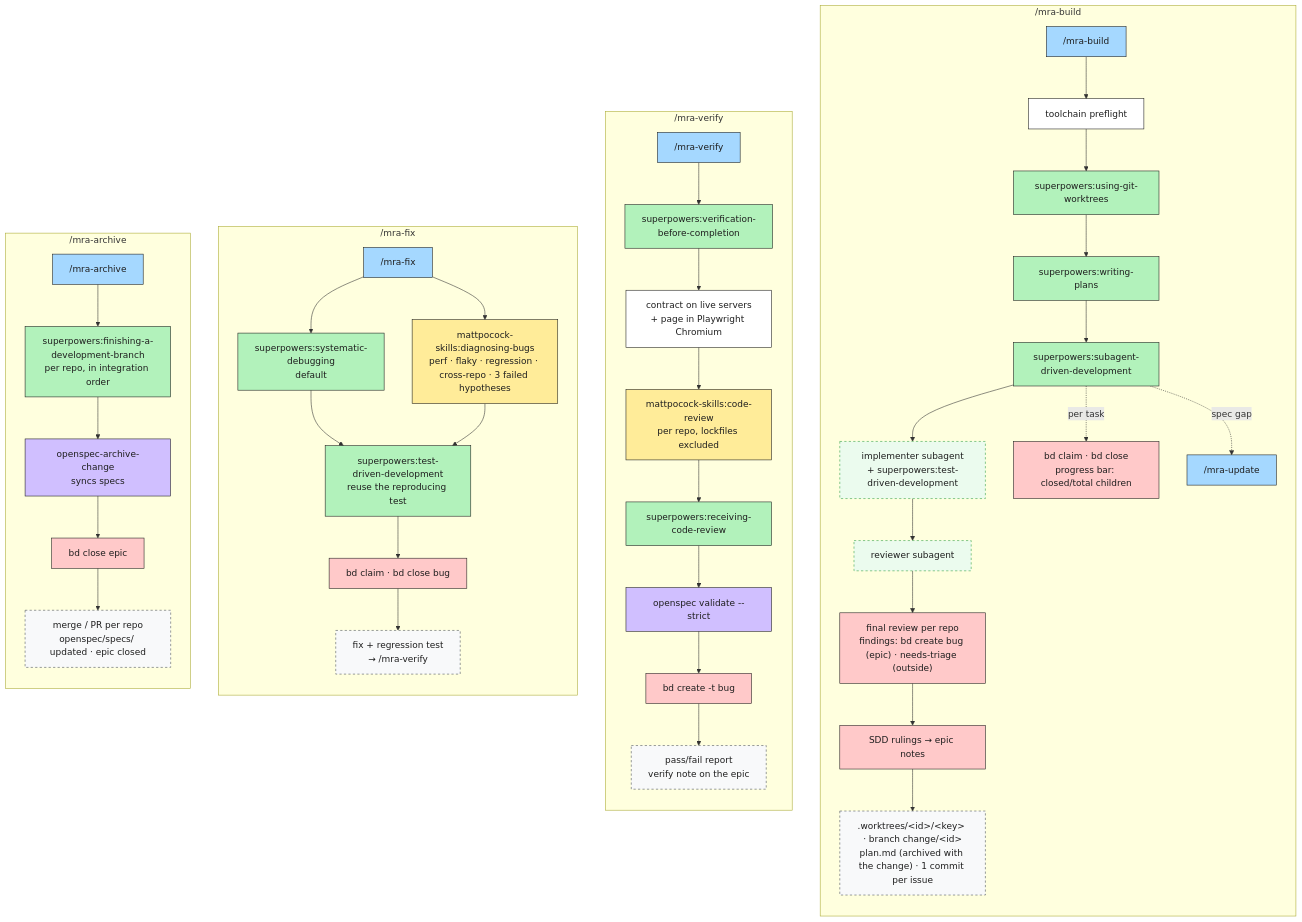
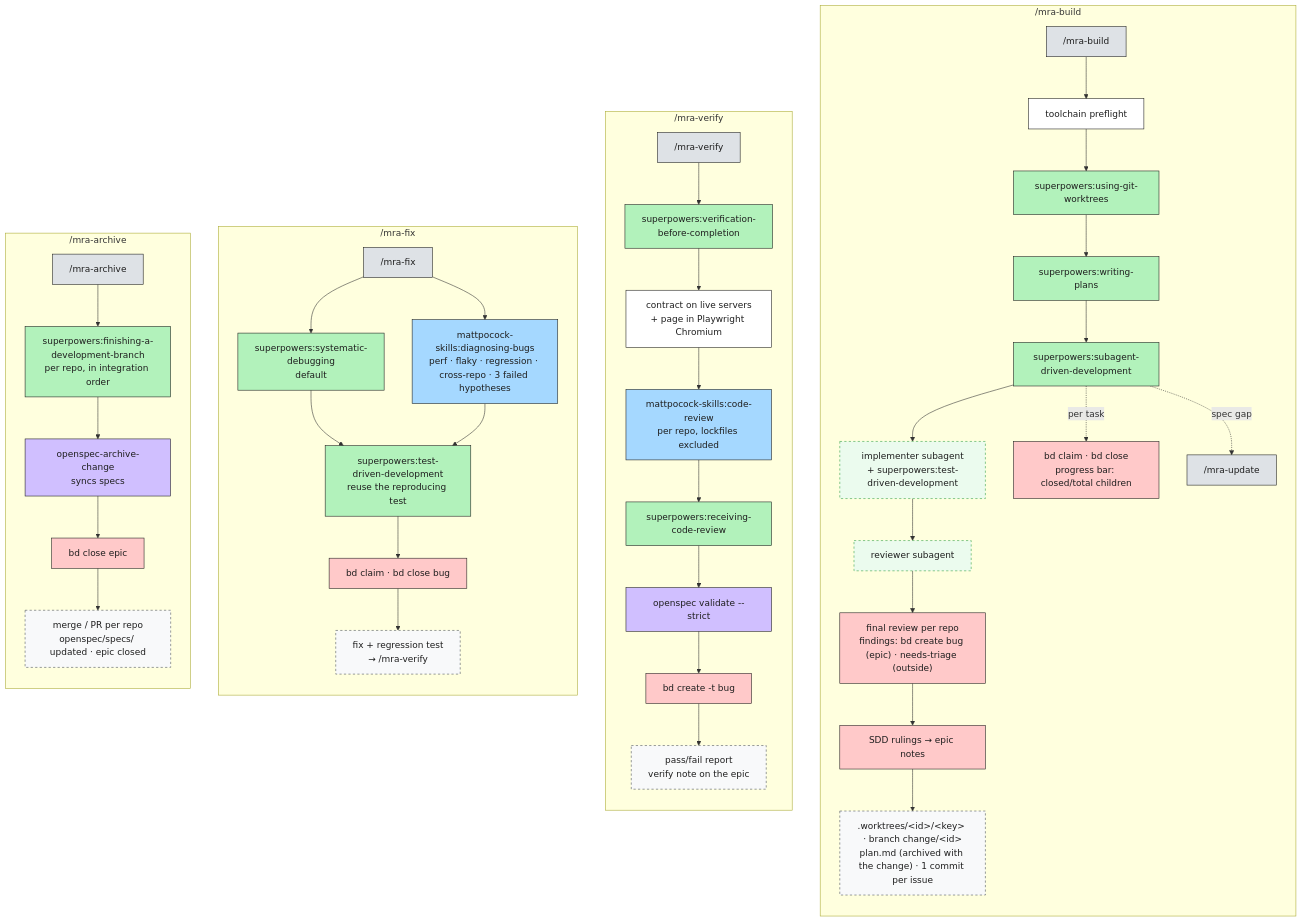
One commit to Ancora-Ancora/mra-flow changed the third of 5 diagrams in payload/orchestrator/.mra-flow/docs/mra-flow.md. Above: the diagram before and after it, drawn with Mermaid. The commit also changed other lines of this file and 2 other files, not shown here.

First line of the commit message:
Colour the flow diagram by skill author; release 0.1.9

````diff
--- a/payload/orchestrator/.mra-flow/docs/mra-flow.md
+++ b/payload/orchestrator/.mra-flow/docs/mra-flow.md
@@ -103,51 +106,52 @@
 ```mermaid
 flowchart TB
-    classDef phase fill:#a5d8ff,stroke:#1e1e1e,color:#1e1e1e
+    classDef phase fill:#dee2e6,stroke:#1e1e1e,color:#1e1e1e
+    classDef mpwrap fill:#ffec99,stroke:#1e1e1e,color:#1e1e1e
     classDef sp fill:#b2f2bb,stroke:#1e1e1e,color:#1e1e1e
-    classDef mp fill:#ffec99,stroke:#1e1e1e,color:#1e1e1e
+    classDef mp fill:#a5d8ff,stroke:#1e1e1e,color:#1e1e1e
     classDef os fill:#d0bfff,stroke:#1e1e1e,color:#1e1e1e
     classDef bd fill:#ffc9c9,stroke:#1e1e1e,color:#1e1e1e
     classDef art fill:#f8f9fa,stroke:#495057,stroke-dasharray:4 4,color:#1e1e1e
     classDef sub fill:#ebfbee,stroke:#2f9e44,stroke-dasharray:4 4,color:#1e1e1e
     classDef step fill:#ffffff,stroke:#1e1e1e,color:#1e1e1e
 
     subgraph BU["/mra-build"]
         direction TB
         bu["/mra-build"]:::phase --> bu0["toolchain preflight"]:::step
         bu0 --> bu1["superpowers:using-git-worktrees"]:::sp
         bu1 --> bu2["superpowers:writing-plans"]:::sp
         bu2 --> bu3["superpowers:subagent-driven-development"]:::sp
         bu3 --> bu4["implementer subagent<br/>+ superpowers:test-driven-development"]:::sub
         bu4 --> bu5["reviewer subagent"]:::sub
         bu3 -. per task .-> bu6["bd claim · bd close<br/>progress bar: closed/total children"]:::bd
         bu3 -. spec gap .-> bu7["/mra-update"]:::phase
         bu5 --> bu8["final review per repo<br/>findings: bd create bug (epic) · needs-triage (outside)"]:::bd
         bu8 --> bu9["SDD rulings → epic notes"]:::bd
         bu9 --> buA[".worktrees/#lt;id#gt;/#lt;key#gt; · branch change/#lt;id#gt;<br/>plan.md (archived with the change) · 1 commit per issue"]:::art
     end
     subgraph VE["/mra-verify"]
         direction TB
         ve["/mra-verify"]:::phase --> ve1["superpowers:verification-before-completion"]:::sp
         ve1 --> ve6["contract on live servers<br/>+ page in Playwright Chromium"]:::step
         ve6 --> ve2["mattpocock-skills:code-review<br/>per repo, lockfiles excluded"]:::mp
         ve2 --> ve3["superpowers:receiving-code-review"]:::sp
         ve3 --> ve4["openspec validate --strict"]:::os
         ve4 --> ve5["bd create -t bug"]:::bd
         ve5 --> veA["pass/fail report<br/>verify note on the epic"]:::art
     end
     subgraph FX["/mra-fix"]
         direction TB
         fx["/mra-fix"]:::phase --> fx1["superpowers:systematic-debugging<br/>default"]:::sp
         fx --> fx2["mattpocock-skills:diagnosing-bugs<br/>perf · flaky · regression · cross-repo · 3 failed hypotheses"]:::mp
         fx1 & fx2 --> fx3["superpowers:test-driven-development<br/>reuse the reproducing test"]:::sp
         fx3 --> fx4["bd claim · bd close bug"]:::bd
         fx4 --> fxA["fix + regression test<br/>→ /mra-verify"]:::art
     end
     subgraph AR["/mra-archive"]
         direction TB
         ar["/mra-archive"]:::phase --> ar1["superpowers:finishing-a-development-branch<br/>per repo, in integration order"]:::sp
         ar1 --> ar2["openspec-archive-change<br/>syncs specs"]:::os
         ar2 --> ar3["bd close epic"]:::bd
         ar3 --> arA["merge / PR per repo<br/>openspec/specs/ updated · epic closed"]:::art
     end
 ```
````
